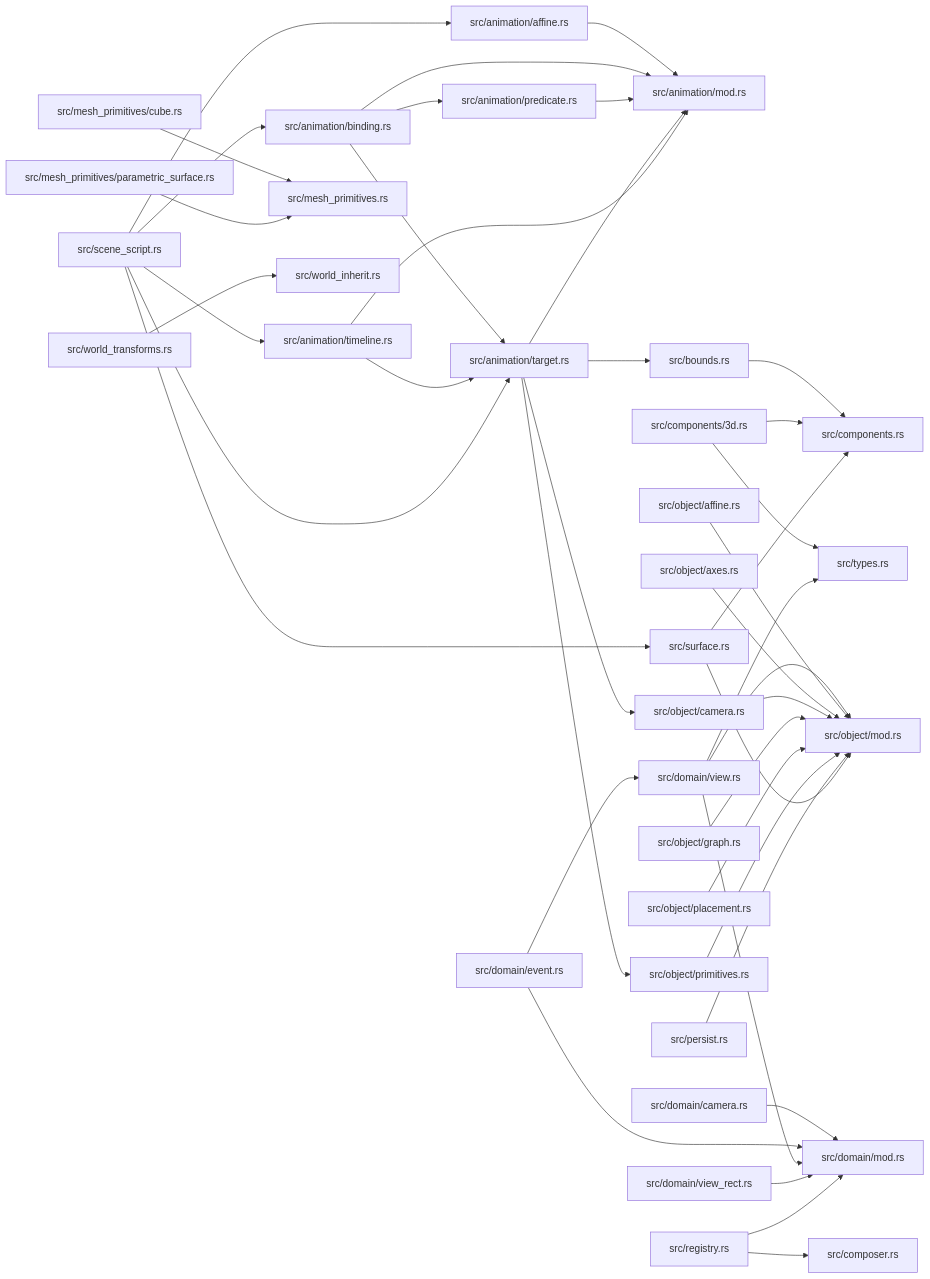
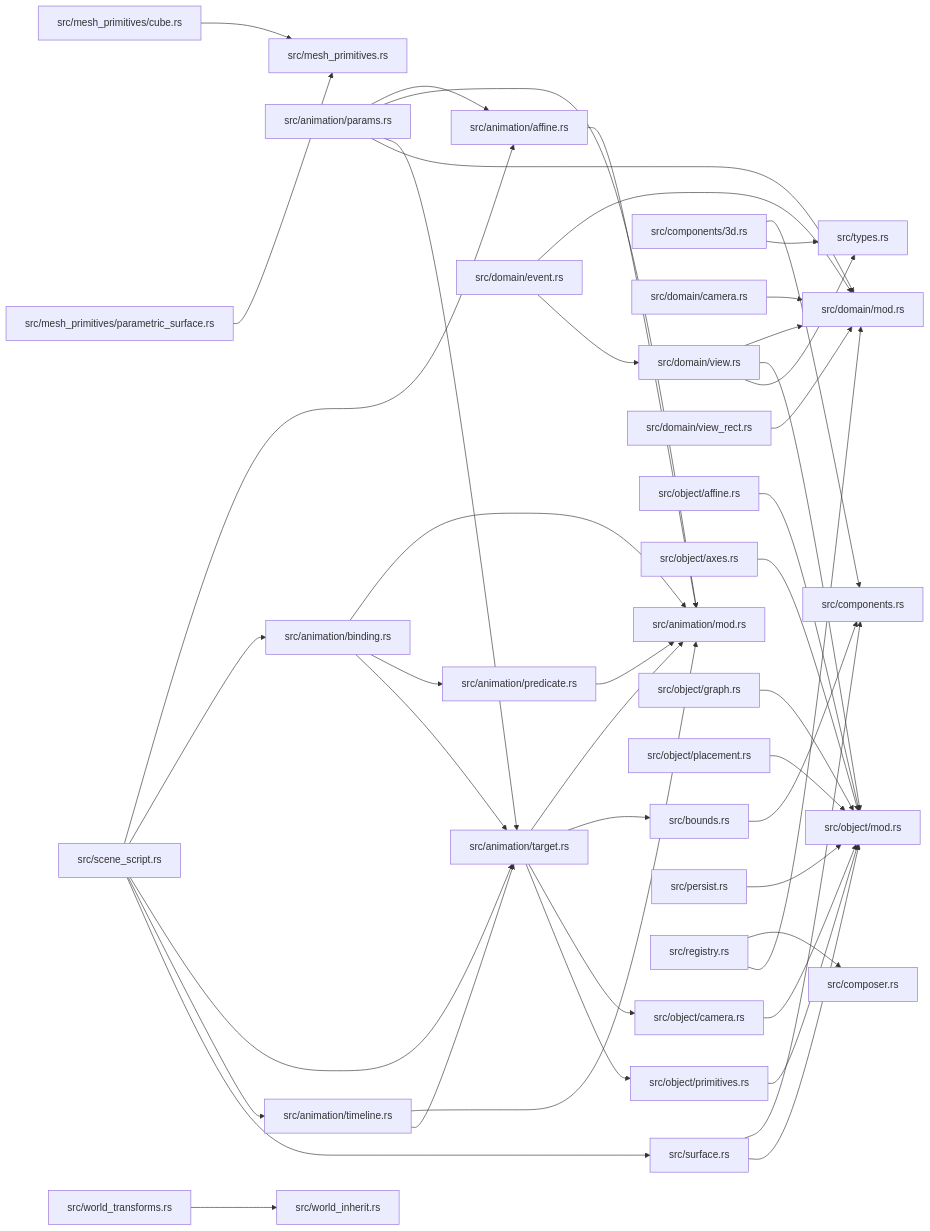
One commit to xcrtp/zela changed the diagram in docs/modules/ze-scene-core.md. Above: the diagram before and after it, drawn with Mermaid. The commit also changed other lines of this file and 10 other files, not shown here.

````diff
--- a/docs/modules/ze-scene-core.md
+++ b/docs/modules/ze-scene-core.md
@@ -66,75 +67,80 @@
 ```mermaid
 graph LR
     f0["src/animation/affine.rs"]
     f2["src/animation/binding.rs"]
     f1["src/animation/mod.rs"]
+    f5["src/animation/params.rs"]
     f3["src/animation/predicate.rs"]
     f4["src/animation/target.rs"]
-    f8["src/animation/timeline.rs"]
-    f5["src/bounds.rs"]
-    f9["src/components.rs"]
-    f10["src/components/3d.rs"]
-    f27["src/composer.rs"]
-    f12["src/domain/camera.rs"]
-    f14["src/domain/event.rs"]
-    f13["src/domain/mod.rs"]
-    f15["src/domain/view.rs"]
-    f17["src/domain/view_rect.rs"]
-    f19["src/mesh_primitives.rs"]
-    f18["src/mesh_primitives/cube.rs"]
-    f20["src/mesh_primitives/parametric_surface.rs"]
-    f21["src/object/affine.rs"]
-    f22["src/object/axes.rs"]
-    f6["src/object/camera.rs"]
-    f23["src/object/graph.rs"]
-    f16["src/object/mod.rs"]
-    f24["src/object/placement.rs"]
-    f7["src/object/primitives.rs"]
-    f25["src/persist.rs"]
-    f26["src/registry.rs"]
-    f28["src/scene_script.rs"]
-    f29["src/surface.rs"]
-    f11["src/types.rs"]
-    f31["src/world_inherit.rs"]
-    f30["src/world_transforms.rs"]
+    f10["src/animation/timeline.rs"]
+    f7["src/bounds.rs"]
+    f11["src/components.rs"]
+    f12["src/components/3d.rs"]
+    f28["src/composer.rs"]
+    f14["src/domain/camera.rs"]
+    f15["src/domain/event.rs"]
+    f6["src/domain/mod.rs"]
+    f16["src/domain/view.rs"]
+    f18["src/domain/view_rect.rs"]
+    f20["src/mesh_primitives.rs"]
+    f19["src/mesh_primitives/cube.rs"]
+    f21["src/mesh_primitives/parametric_surface.rs"]
+    f22["src/object/affine.rs"]
+    f23["src/object/axes.rs"]
+    f8["src/object/camera.rs"]
+    f24["src/object/graph.rs"]
+    f17["src/object/mod.rs"]
+    f25["src/object/placement.rs"]
+    f9["src/object/primitives.rs"]
+    f26["src/persist.rs"]
+    f27["src/registry.rs"]
+    f29["src/scene_script.rs"]
+    f30["src/surface.rs"]
+    f13["src/types.rs"]
+    f32["src/world_inherit.rs"]
+    f31["src/world_transforms.rs"]
     f0 --> f1
     f2 --> f1
     f2 --> f3
     f2 --> f4
+    f5 --> f0
+    f5 --> f1
+    f5 --> f4
+    f5 --> f6
     f3 --> f1
     f4 --> f1
-    f4 --> f5
-    f4 --> f6
     f4 --> f7
-    f8 --> f1
-    f8 --> f4
-    f5 --> f9
-    f10 --> f9
-    f10 --> f11
+    f4 --> f8
+    f4 --> f9
+    f10 --> f1
+    f10 --> f4
+    f7 --> f11
+    f12 --> f11
     f12 --> f13
-    f14 --> f13
-    f14 --> f15
-    f15 --> f13
+    f14 --> f6
+    f15 --> f6
     f15 --> f16
-    f15 --> f11
-    f17 --> f13
-    f18 --> f19
-    f20 --> f19
-    f21 --> f16
-    f22 --> f16
-    f6 --> f16
-    f23 --> f16
-    f24 --> f16
-    f7 --> f16
-    f25 --> f16
-    f26 --> f27
-    f26 --> f13
-    f28 --> f0
-    f28 --> f2
-    f28 --> f4
-    f28 --> f8
-    f28 --> f29
-    f29 --> f9
-    f29 --> f16
-    f30 --> f31
+    f16 --> f6
+    f16 --> f17
+    f16 --> f13
+    f18 --> f6
+    f19 --> f20
+    f21 --> f20
+    f22 --> f17
+    f23 --> f17
+    f8 --> f17
+    f24 --> f17
+    f25 --> f17
+    f9 --> f17
+    f26 --> f17
+    f27 --> f28
+    f27 --> f6
+    f29 --> f0
+    f29 --> f2
+    f29 --> f4
+    f29 --> f10
+    f29 --> f30
+    f30 --> f11
+    f30 --> f17
+    f31 --> f32
 ```
````
